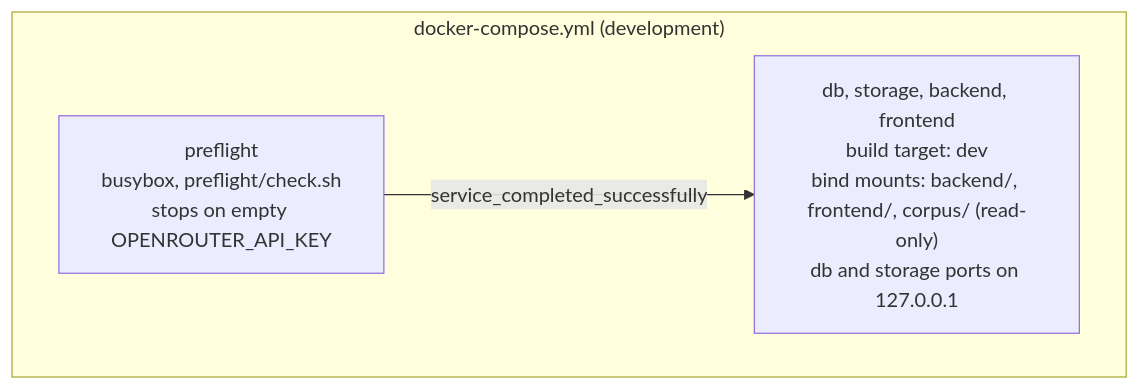
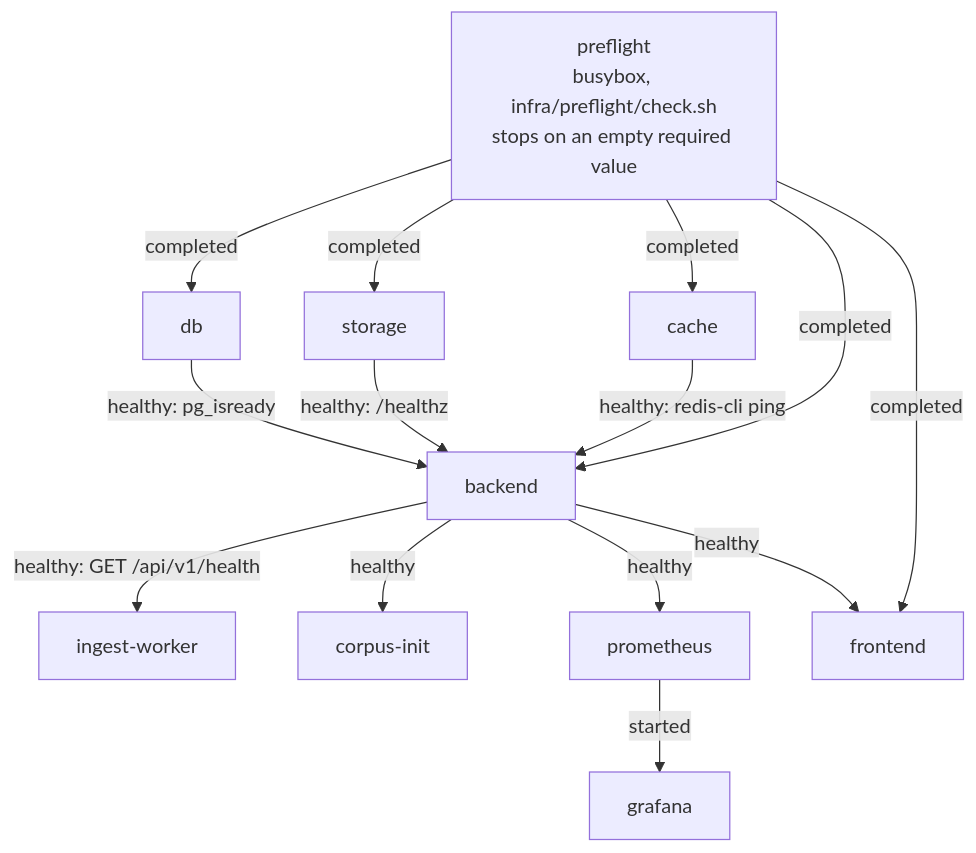
One commit to G-MAKROGLOU/docuchat changed the second of 2 diagrams in docs/diagrams/system-context.md. Above: the diagram before and after it, drawn with Mermaid. The commit also changed other lines of this file and 6 other files, not shown here.

Commit message:
docs: update the architecture diagrams to the current code

````diff
--- a/docs/diagrams/system-context.md
+++ b/docs/diagrams/system-context.md
@@ -32,8 +53,27 @@
 ```mermaid
 flowchart TB
-    subgraph dev["docker-compose.yml (development)"]
-        d_pre["preflight<br/>busybox, preflight/check.sh<br/>stops on empty OPENROUTER_API_KEY"]
-        d_svc["db, storage, backend, frontend<br/>build target: dev<br/>bind mounts: backend/, frontend/, corpus/ (read-only)<br/>db and storage ports on 127.0.0.1"]
-        d_pre -->|"service_completed_successfully"| d_svc
-    end
+    pre["preflight<br/>busybox, infra/preflight/check.sh<br/>stops on an empty required value"]
+    db["db"]
+    storage["storage"]
+    cache["cache"]
+    backend["backend"]
+    worker["ingest-worker"]
+    init["corpus-init"]
+    prom["prometheus"]
+    grafana["grafana"]
+    frontend["frontend"]
+
+    pre -->|"completed"| db
+    pre -->|"completed"| storage
+    pre -->|"completed"| cache
+    pre -->|"completed"| backend
+    pre -->|"completed"| frontend
+    db -->|"healthy: pg_isready"| backend
+    storage -->|"healthy: /healthz"| backend
+    cache -->|"healthy: redis-cli ping"| backend
+    backend -->|"healthy: GET /api/v1/health"| worker
+    backend -->|"healthy"| init
+    backend -->|"healthy"| prom
+    backend -->|"healthy"| frontend
+    prom -->|"started"| grafana
 ```
````
